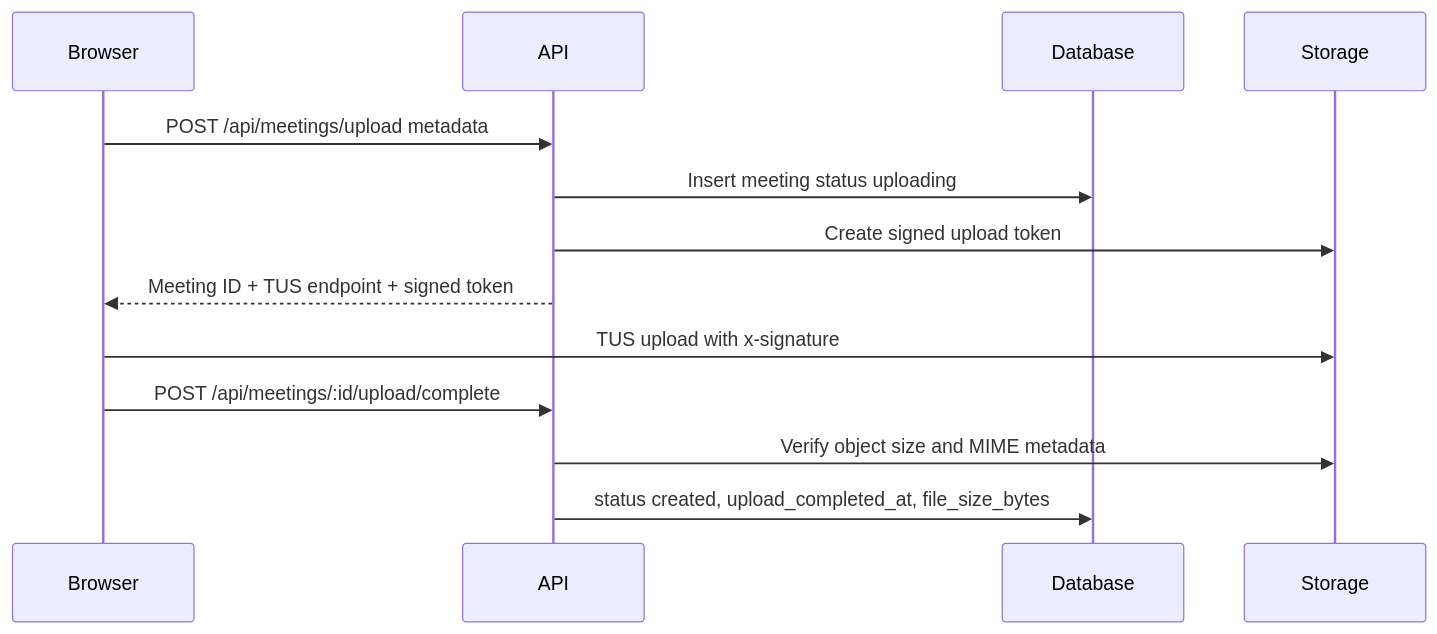
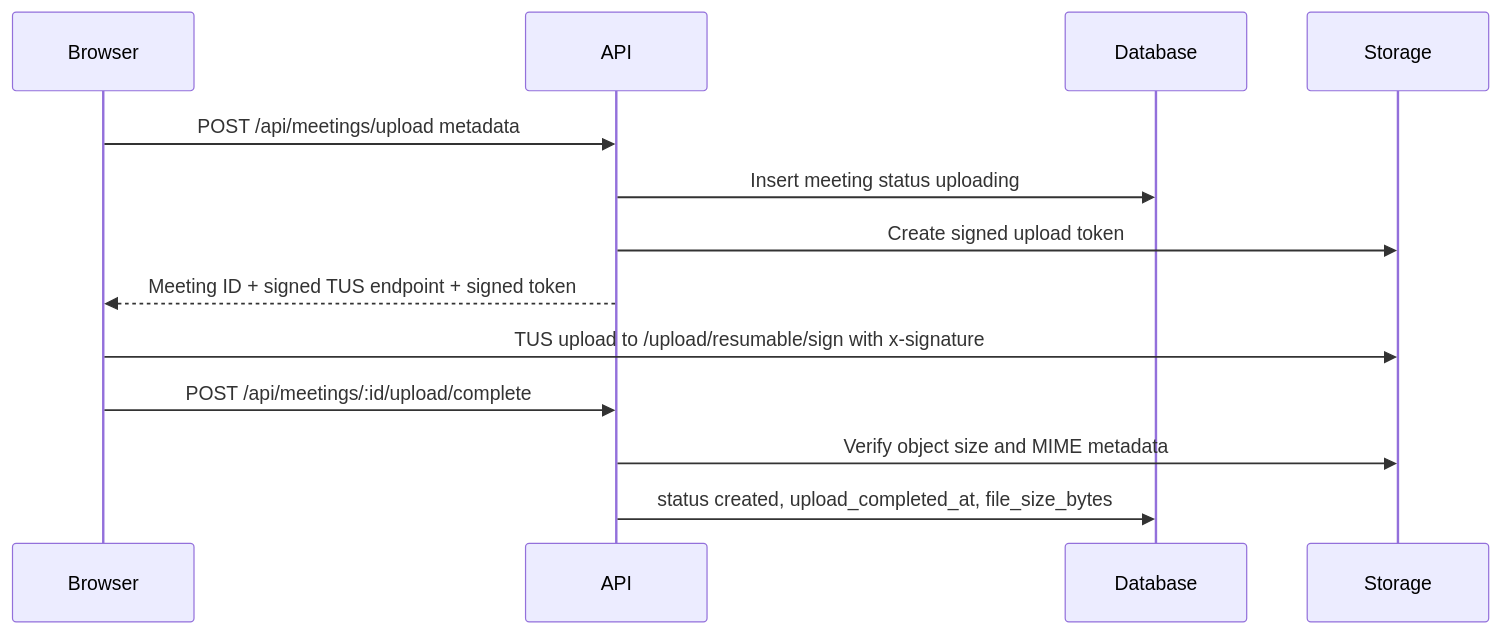
Before and after one commit to nipun172006/ScribeFlow: the second of 4 diagrams in docs/ARCHITECTURE.md, drawn with Mermaid. The commit also changed other lines of this file and 14 other files, not shown here.

````diff
--- a/docs/ARCHITECTURE.md
+++ b/docs/ARCHITECTURE.md
@@ -46,16 +46,16 @@
 ```mermaid
 sequenceDiagram
   participant Browser
   participant API
   participant Database
   participant Storage
 
   Browser->>API: POST /api/meetings/upload metadata
   API->>Database: Insert meeting status uploading
   API->>Storage: Create signed upload token
-  API-->>Browser: Meeting ID + TUS endpoint + signed token
-  Browser->>Storage: TUS upload with x-signature
+  API-->>Browser: Meeting ID + signed TUS endpoint + signed token
+  Browser->>Storage: TUS upload to /upload/resumable/sign with x-signature
   Browser->>API: POST /api/meetings/:id/upload/complete
   API->>Storage: Verify object size and MIME metadata
   API->>Database: status created, upload_completed_at, file_size_bytes
 ```
````
